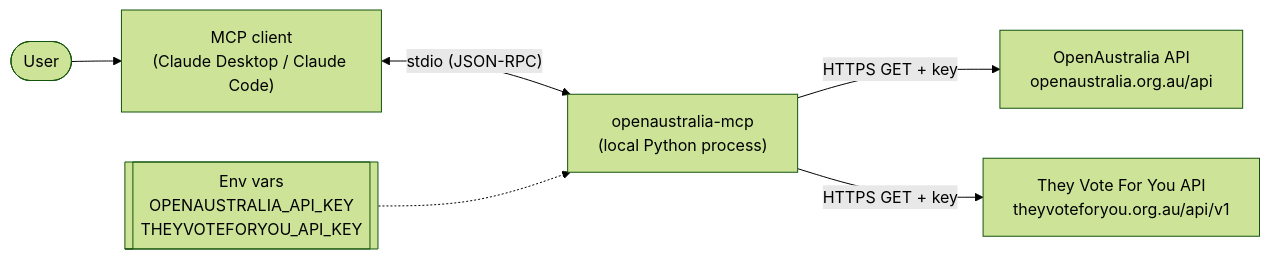
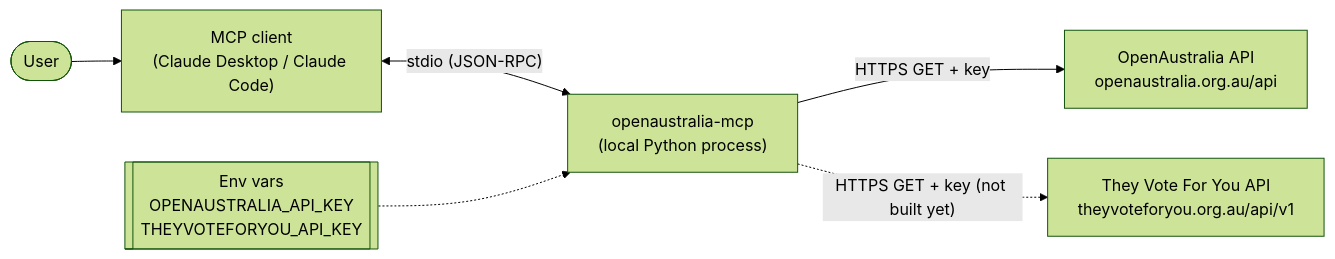
One commit to jeremiah-wa/openaustralia-mcp changed the first of 5 diagrams in docs/architecture.md. Above: the diagram before and after it, drawn with Mermaid (forest theme). The commit also changed other lines of this file and 12 other files, not shown here.

First line of the commit message:
docs: split architecture.md and start recording ADRs (#21)

````diff
--- a/docs/architecture.md
+++ b/docs/architecture.md
@@ -9,8 +9,8 @@
 ```mermaid
 flowchart LR
     user([User]) --> client["MCP client<br/>(Claude Desktop / Claude Code)"]
     client <-- "stdio (JSON-RPC)" --> server["openaustralia-mcp<br/>(local Python process)"]
     server -- "HTTPS GET + key" --> oa["OpenAustralia API<br/>openaustralia.org.au/api"]
-    server -- "HTTPS GET + key" --> tvfy["They Vote For You API<br/>theyvoteforyou.org.au/api/v1"]
+    server -. "HTTPS GET + key (not built yet)" .-> tvfy["They Vote For You API<br/>theyvoteforyou.org.au/api/v1"]
     env[["Env vars<br/>OPENAUSTRALIA_API_KEY<br/>THEYVOTEFORYOU_API_KEY"]] -.-> server
 ```
````
